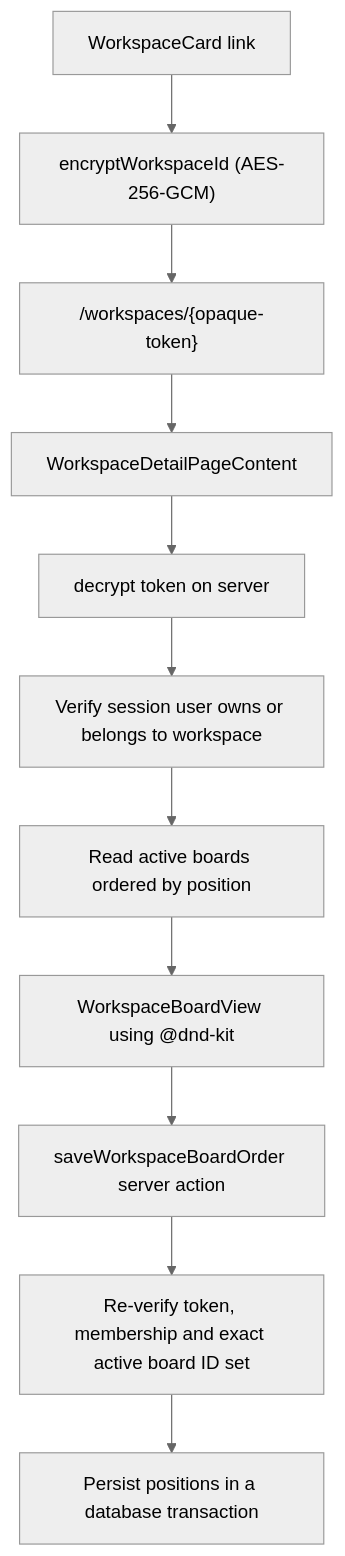
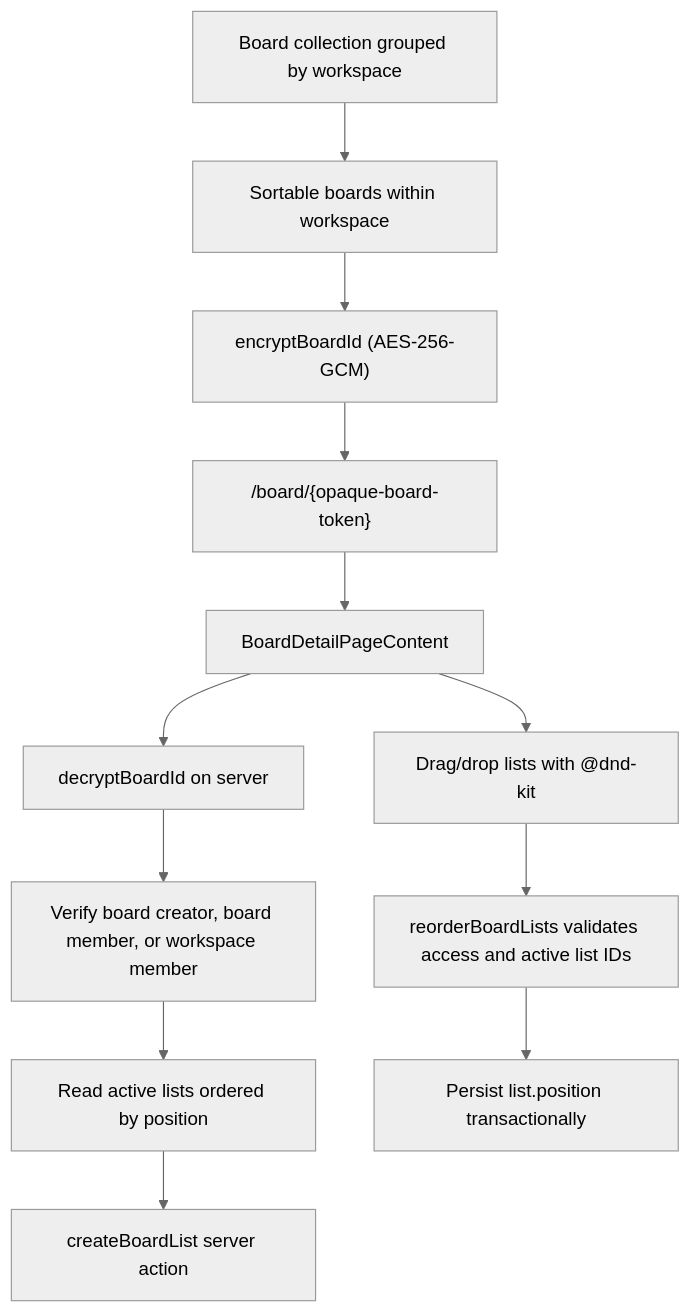
The second of 2 diagrams in docs/architecture/overview.md (Thoai1503/TrelloClone), drawn with Mermaid (neutral theme) before and after one commit. The commit also changed other lines of this file and 59 other files, not shown here.

First line of the commit message:
feat: add workspace and board ID encryption and decryption utilities

````diff
--- a/docs/architecture/overview.md
+++ b/docs/architecture/overview.md
@@ -77,13 +88,14 @@
 ```mermaid
 flowchart TD
-    Card["WorkspaceCard link"] --> Encrypt["encryptWorkspaceId (AES-256-GCM)"]
-    Encrypt --> Url["/workspaces/{opaque-token}"]
-    Url --> Detail["WorkspaceDetailPageContent"]
-    Detail --> Decrypt["decrypt token on server"]
-    Decrypt --> Access["Verify session user owns or belongs to workspace"]
-    Access --> Boards["Read active boards ordered by position"]
-    Boards --> Dnd["WorkspaceBoardView using @dnd-kit"]
-    Dnd --> Save["saveWorkspaceBoardOrder server action"]
-    Save --> Verify["Re-verify token, membership and exact active board ID set"]
-    Verify --> Transaction["Persist positions in a database transaction"]
+    Collection["Board collection grouped by workspace"] --> Boards["Sortable boards within workspace"]
+    Boards --> Encrypt["encryptBoardId (AES-256-GCM)"]
+    Encrypt --> Url["/board/{opaque-board-token}"]
+    Url --> Detail["BoardDetailPageContent"]
+    Detail --> Decrypt["decryptBoardId on server"]
+    Decrypt --> Access["Verify board creator, board member, or workspace member"]
+    Access --> ReadLists["Read active lists ordered by position"]
+    ReadLists --> CreateList["createBoardList server action"]
+    Detail --> DragLists["Drag/drop lists with @dnd-kit"]
+    DragLists --> ReorderLists["reorderBoardLists validates access and active list IDs"]
+    ReorderLists --> Persist["Persist list.position transactionally"]
 ```
````
